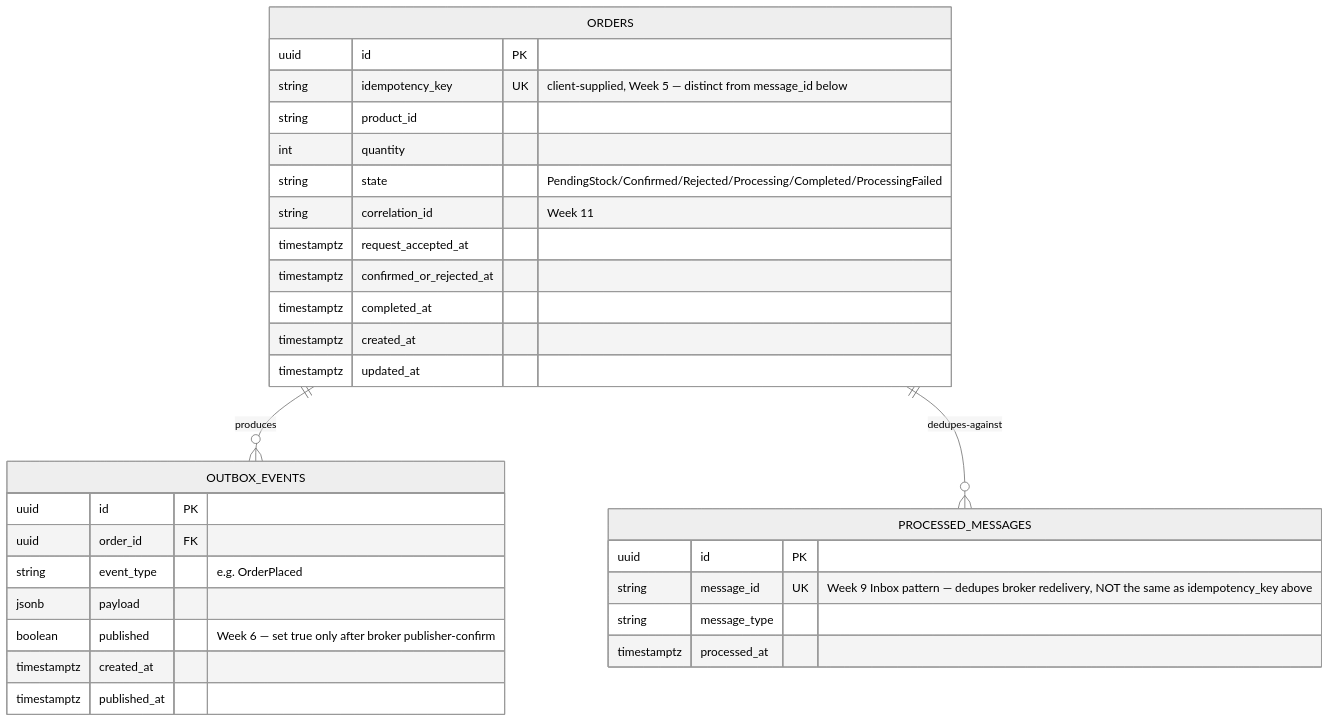
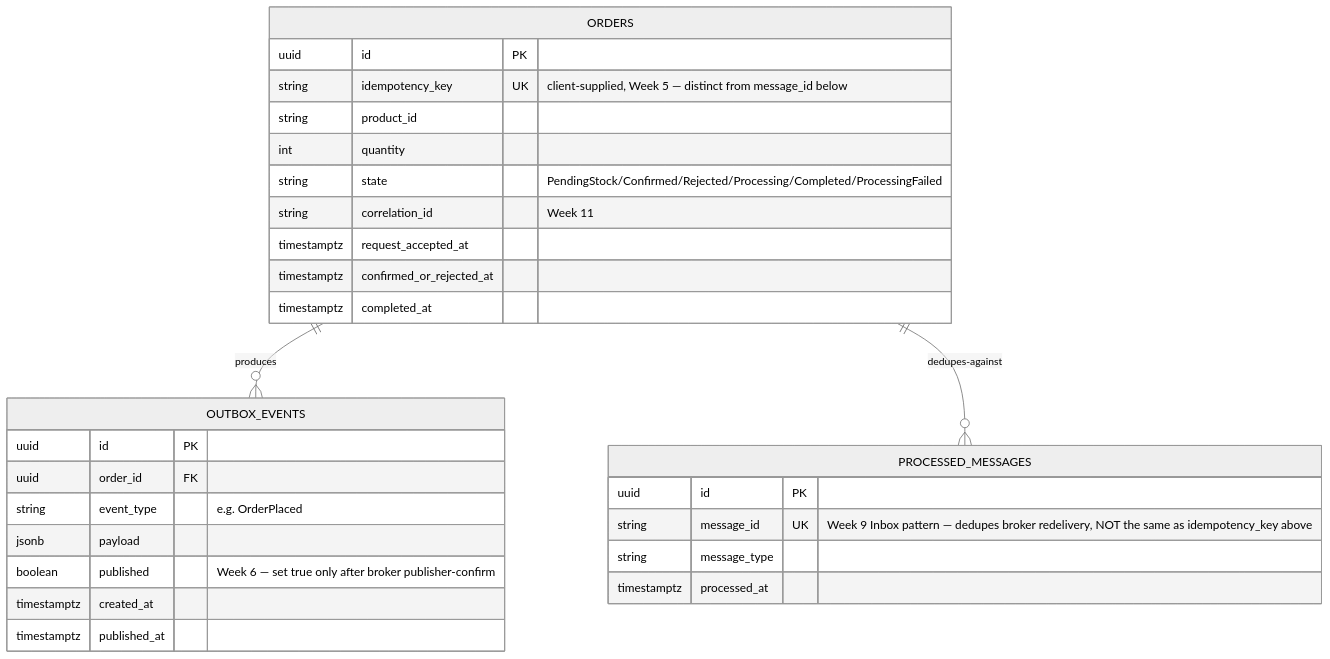
The first of 3 diagrams in docs/erd.md (VuTanMinh/flash-sale-microservices), drawn with Mermaid (neutral theme) before and after one commit. The commit also changed other lines of this file and 15 other files, not shown here.

````diff
--- a/docs/erd.md
+++ b/docs/erd.md
@@ -12,36 +24,34 @@
 ```mermaid
 erDiagram
     ORDERS ||--o{ OUTBOX_EVENTS : "produces"
     ORDERS ||--o{ PROCESSED_MESSAGES : "dedupes-against"
 
     ORDERS {
         uuid id PK
         string idempotency_key UK "client-supplied, Week 5 — distinct from message_id below"
         string product_id
         int quantity
         string state "PendingStock/Confirmed/Rejected/Processing/Completed/ProcessingFailed"
         string correlation_id "Week 11"
         timestamptz request_accepted_at
         timestamptz confirmed_or_rejected_at
         timestamptz completed_at
-        timestamptz created_at
-        timestamptz updated_at
     }
 
     OUTBOX_EVENTS {
         uuid id PK
         uuid order_id FK
         string event_type "e.g. OrderPlaced"
         jsonb payload
         boolean published "Week 6 — set true only after broker publisher-confirm"
         timestamptz created_at
         timestamptz published_at
     }
 
     PROCESSED_MESSAGES {
         uuid id PK
         string message_id UK "Week 9 Inbox pattern — dedupes broker redelivery, NOT the same as idempotency_key above"
         string message_type
         timestamptz processed_at
     }
 ```
````
